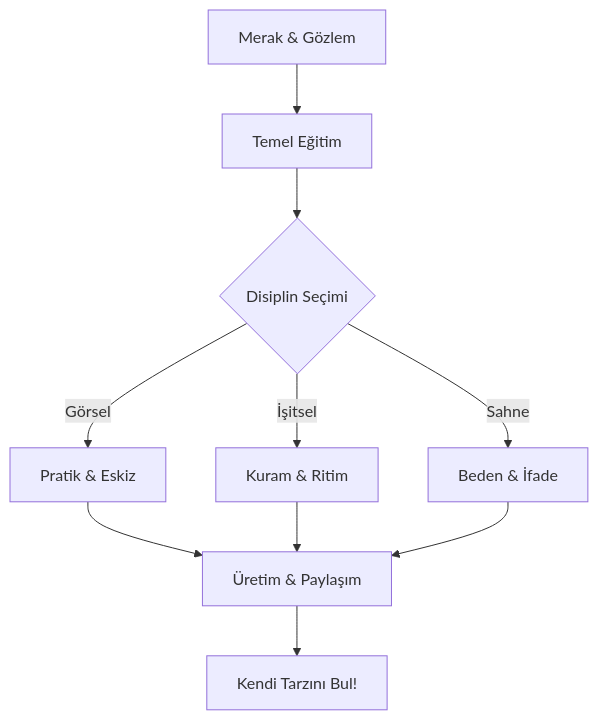
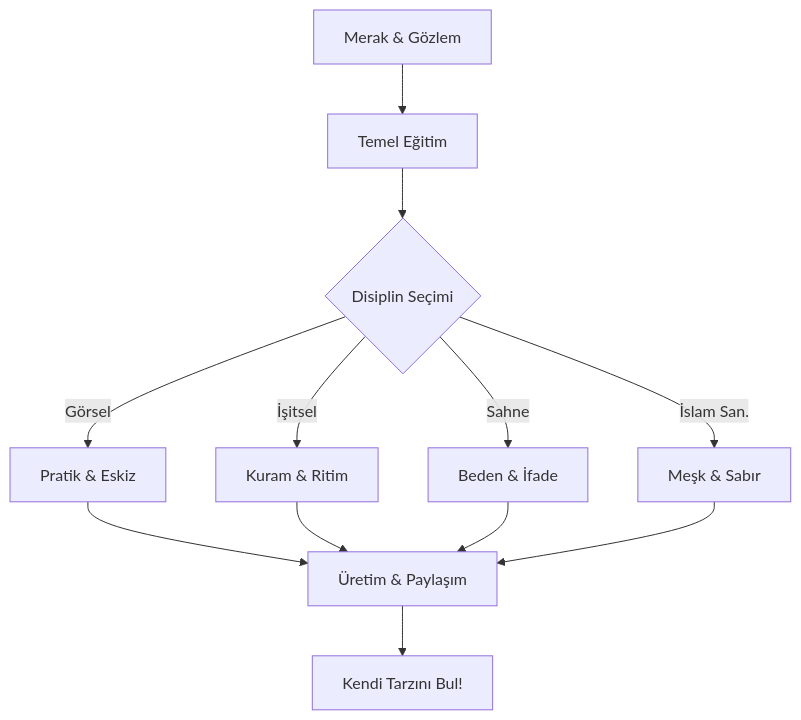
One commit to arch-yunus/Sanatin-izinde-Acik-Kaynak-Sanat-Rehberi-ve-Kaynakcasi changed the diagram in README.md. Above: the diagram before and after it, drawn with Mermaid. The commit also changed other lines of this file and 5 other files, not shown here.

````diff
--- a/README.md
+++ b/README.md
@@ -60,12 +68,14 @@
 ```mermaid
 graph TD
     A[Merak & Gözlem] --> B[Temel Eğitim]
     B --> C{Disiplin Seçimi}
     C -->|Görsel| D[Pratik & Eskiz]
     C -->|İşitsel| E[Kuram & Ritim]
     C -->|Sahne| F[Beden & İfade]
+    C -->|İslam San.| I[Meşk & Sabır]
     D --> G[Üretim & Paylaşım]
     E --> G
     F --> G
+    I --> G
     G --> H[Kendi Tarzını Bul!]
 ```
````
